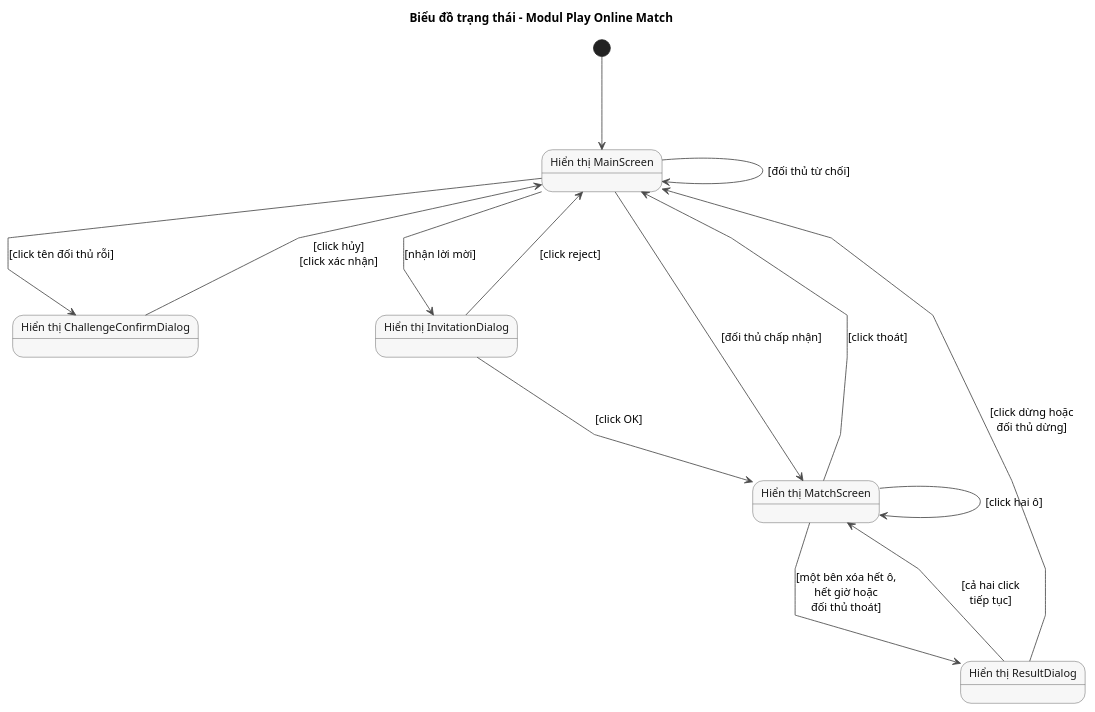
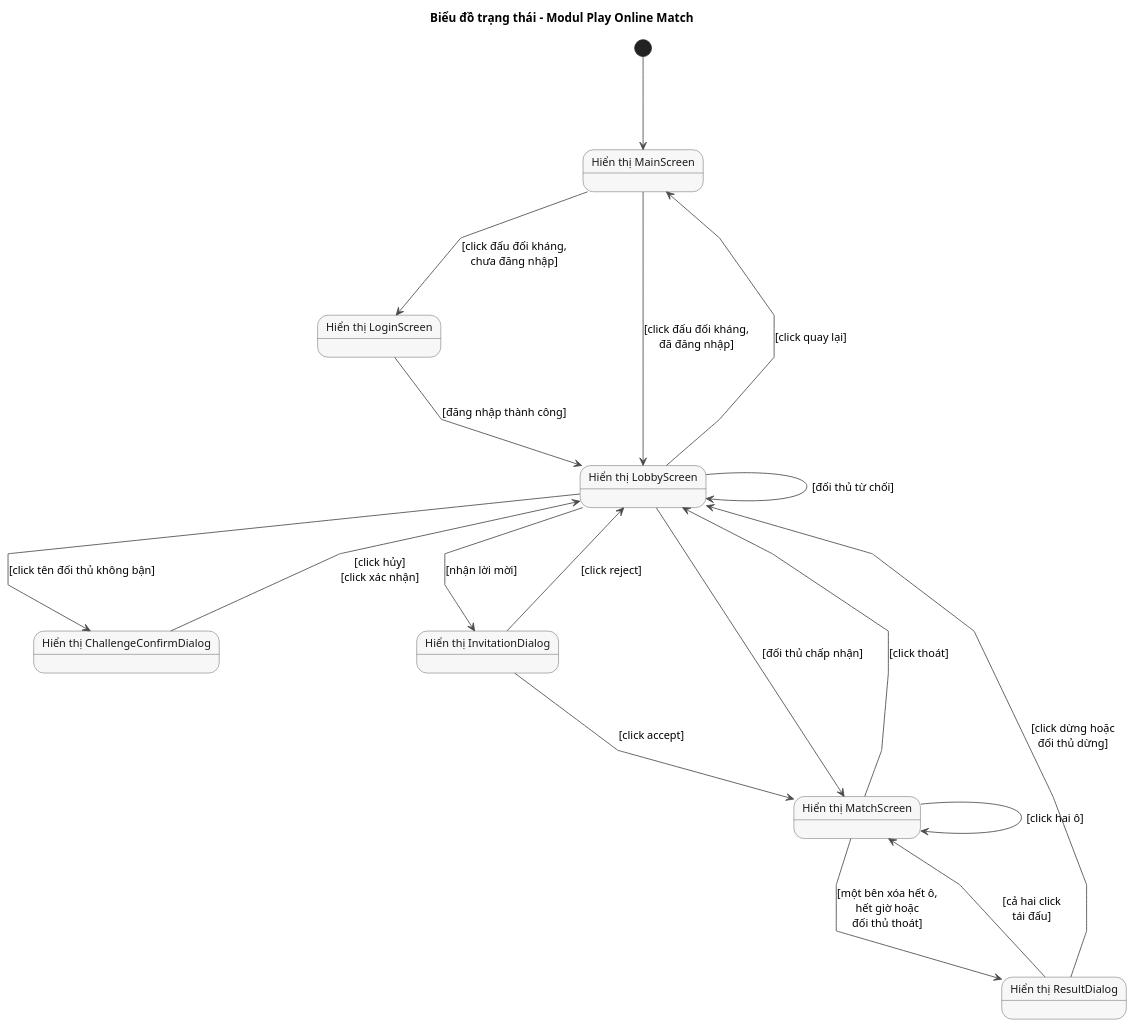
The diagram in docs/uml/pha2/state-m4.puml (VattenL/mobile-pikachu), drawn with PlantUML before and after one commit. The commit also changed 56 other files, not shown here.

First line of the commit message:
docs: guests, lobby screen, ranking pages and rematch wording

```diff
--- a/docs/uml/pha2/state-m4.puml
+++ b/docs/uml/pha2/state-m4.puml
@@ -1,35 +1,41 @@
 @startuml state-m4
 title Biểu đồ trạng thái - Modul Play Online Match
 
 skinparam shadowing false
 skinparam linetype polyline
 skinparam defaultFontSize 13
 skinparam nodesep 120
 skinparam ranksep 110
 skinparam state {
   BackgroundColor #F7F7F7
   BorderColor #4A4A4A
   ArrowColor #4A4A4A
   FontColor #1A1A1A
 }
 
 state "Hiển thị MainScreen" as Main
+state "Hiển thị LoginScreen" as Login
+state "Hiển thị LobbyScreen" as Lobby
 state "Hiển thị ChallengeConfirmDialog" as Confirm
 state "Hiển thị InvitationDialog" as Invitation
 state "Hiển thị MatchScreen" as Match
 state "Hiển thị ResultDialog" as Result
 
 [*] --> Main
-Main --> Confirm : [click tên đối thủ rỗi]
-Confirm --> Main : [click hủy]\n[click xác nhận]
-Main --> Main : [đối thủ từ chối]
-Main --> Invitation : [nhận lời mời]
-Invitation --> Main : [click reject]
-Invitation --> Match : [click OK]
-Main --> Match : [đối thủ chấp nhận]
+Main --> Login : [click đấu đối kháng,\nchưa đăng nhập]
+Login --> Lobby : [đăng nhập thành công]
+Main --> Lobby : [click đấu đối kháng,\nđã đăng nhập]
+Lobby --> Main : [click quay lại]
+Lobby --> Confirm : [click tên đối thủ không bận]
+Confirm --> Lobby : [click hủy]\n[click xác nhận]
+Lobby --> Lobby : [đối thủ từ chối]
+Lobby --> Invitation : [nhận lời mời]
+Invitation --> Lobby : [click reject]
+Invitation --> Match : [click accept]
+Lobby --> Match : [đối thủ chấp nhận]
 Match --> Match : [click hai ô]
-Match --> Main : [click thoát]
+Match --> Lobby : [click thoát]
 Match --> Result : [một bên xóa hết ô,\nhết giờ hoặc\nđối thủ thoát]
-Result --> Match : [cả hai click\ntiếp tục]
-Result --> Main : [click dừng hoặc\nđối thủ dừng]
+Result --> Match : [cả hai click\ntái đấu]
+Result --> Lobby : [click dừng hoặc\nđối thủ dừng]
 @enduml
```
